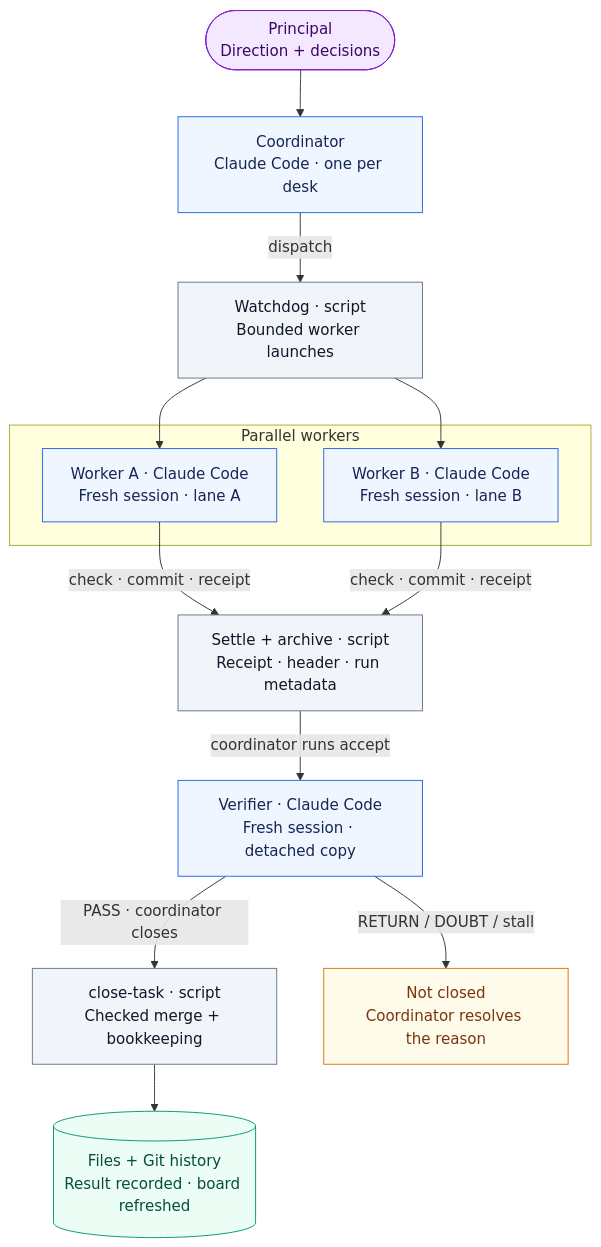
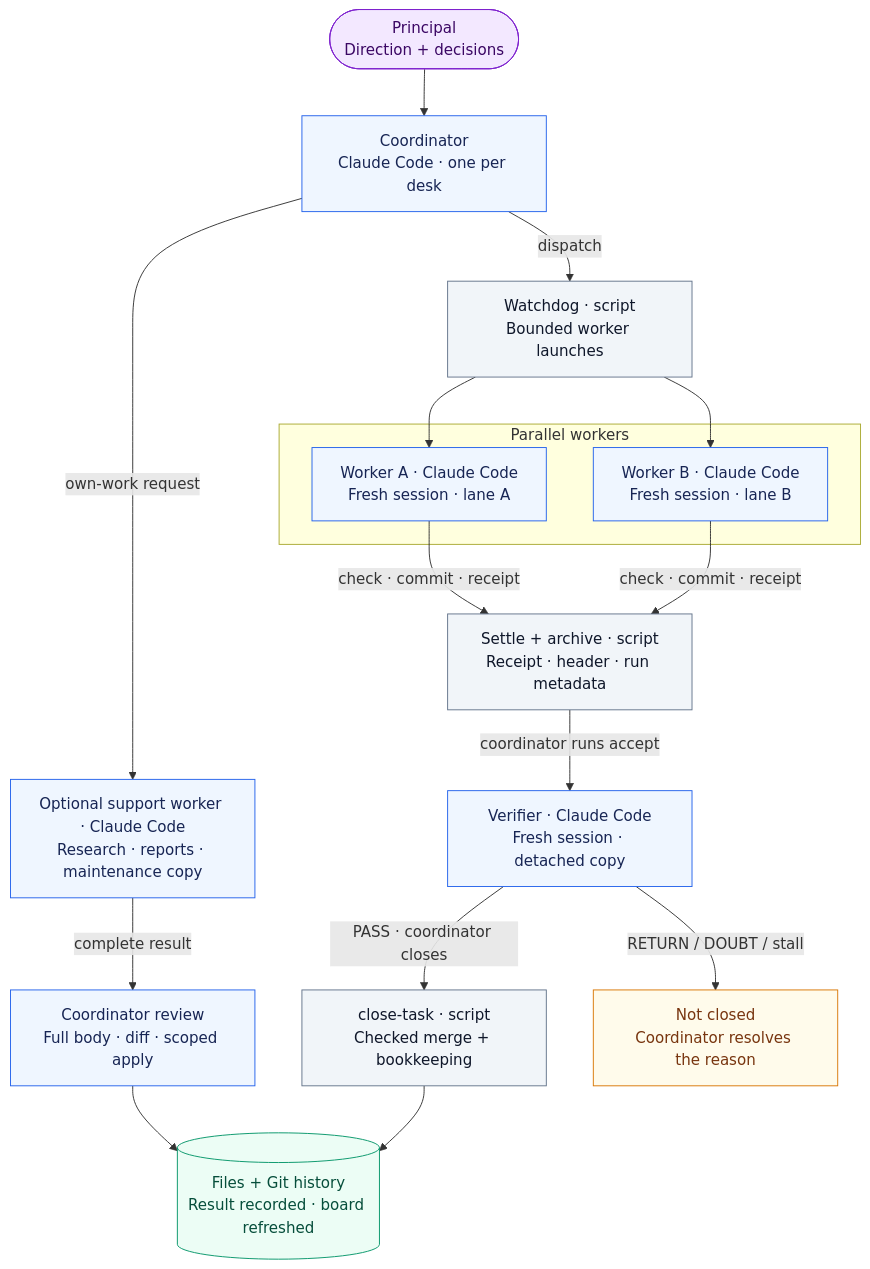
One commit to FrostNovaOrg/Hansa changed the first of 2 diagrams in README.md. Above: the diagram before and after it, drawn with Mermaid. The commit also changed other lines of this file and 9 other files, not shown here.

Commit message:
Add durable coordinator support jobs and Claude Code launcher reference (#5)

````diff
--- a/README.md
+++ b/README.md
@@ -20,37 +20,42 @@
 ```mermaid
 flowchart TB
     principal(["Principal<br/>Direction + decisions"])
     coordinator["Coordinator<br/>Claude Code · one per desk"]
     watchdog["Watchdog · script<br/>Bounded worker launches"]
+    support["Optional support worker · Claude Code<br/>Research · reports · maintenance copy"]
+    review["Coordinator review<br/>Full body · diff · scoped apply"]
 
     subgraph lanes["Parallel workers"]
         workerA["Worker A · Claude Code<br/>Fresh session · lane A"]
         workerB["Worker B · Claude Code<br/>Fresh session · lane B"]
     end
 
     settled["Settle + archive · script<br/>Receipt · header · run metadata"]
     verifier["Verifier · Claude Code<br/>Fresh session · detached copy"]
     close["close-task · script<br/>Checked merge + bookkeeping"]
     held["Not closed<br/>Coordinator resolves the reason"]
     records[("Files + Git history<br/>Result recorded · board refreshed")]
 
     principal --> coordinator
+    coordinator -->|own-work request| support
+    support -->|complete result| review
+    review --> records
     coordinator -->|dispatch| watchdog
     watchdog --> workerA & workerB
     workerA & workerB -->|check · commit · receipt| settled
     settled -->|coordinator runs accept| verifier
     verifier -->|PASS · coordinator closes| close
     verifier -->|RETURN / DOUBT / stall| held
     close --> records
 
     classDef human fill:#f3e8ff,stroke:#7e22ce,color:#3b0764
     classDef agent fill:#eff6ff,stroke:#2563eb,color:#172554
     classDef script fill:#f1f5f9,stroke:#64748b,color:#0f172a
     classDef record fill:#ecfdf5,stroke:#059669,color:#064e3b
     classDef held fill:#fffbeb,stroke:#d97706,color:#78350f
     class principal human
-    class coordinator,workerA,workerB,verifier agent
+    class coordinator,workerA,workerB,verifier,support,review agent
     class watchdog,settled,close script
     class records record
     class held held
 ```
````
